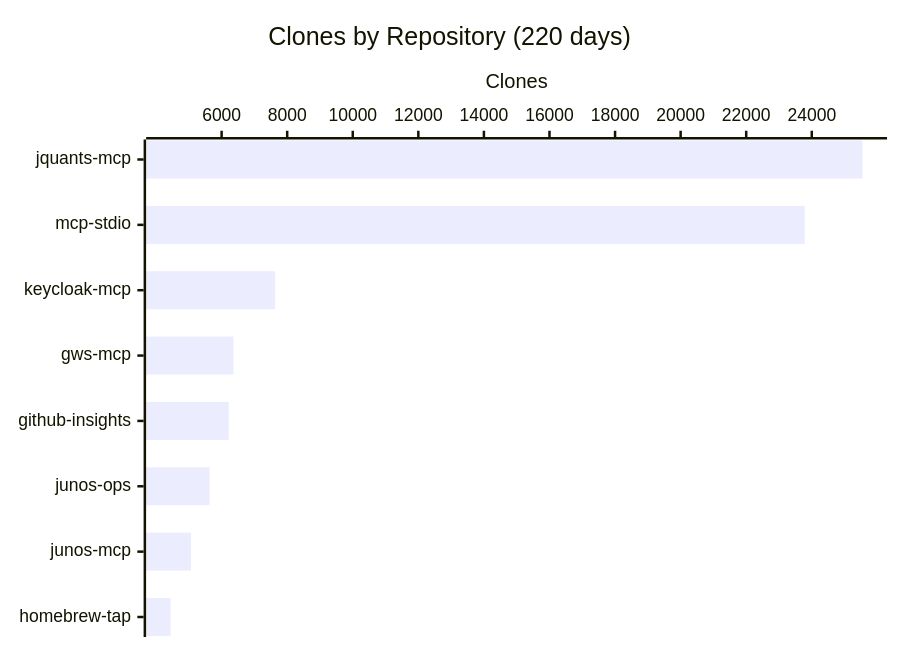
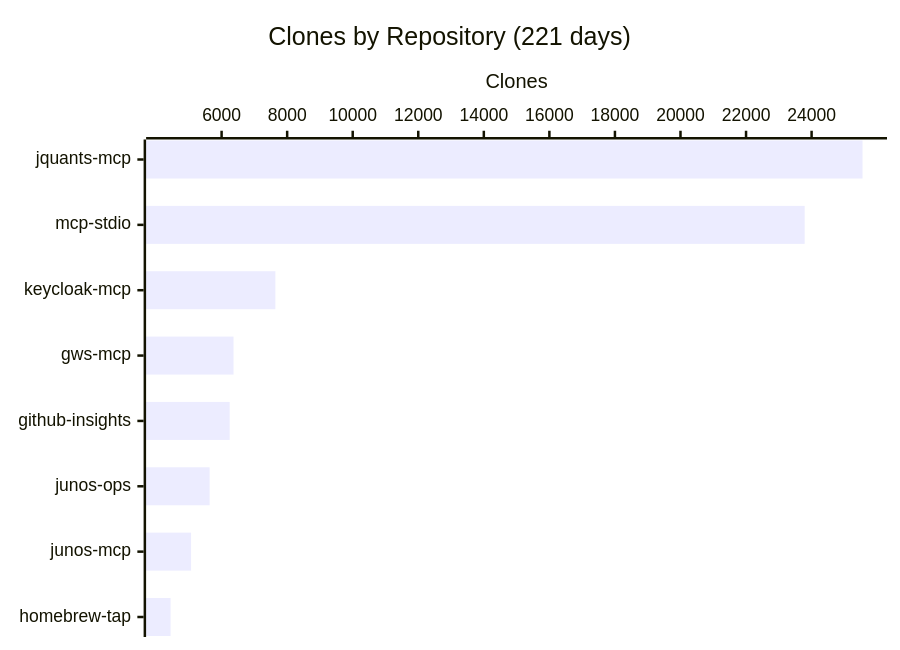
Before and after one commit to shigechika/github-insights: the fourth of 4 diagrams in README.md, drawn with Mermaid. The commit also changed other lines of this file and 2 other files, not shown here.

````diff
--- a/README.md
+++ b/README.md
@@ -58,7 +58,7 @@
 ```mermaid
 xychart-beta horizontal
-    title "Clones by Repository (220 days)"
+    title "Clones by Repository (221 days)"
     x-axis ["jquants-mcp", "mcp-stdio", "keycloak-mcp", "gws-mcp", "github-insights", "junos-ops", "junos-mcp", "homebrew-tap"]
     y-axis "Clones"
-    bar [25548, 23786, 7630, 6361, 6216, 5632, 5069, 4443]
+    bar [25554, 23788, 7641, 6364, 6246, 5634, 5069, 4443]
 ```
````
